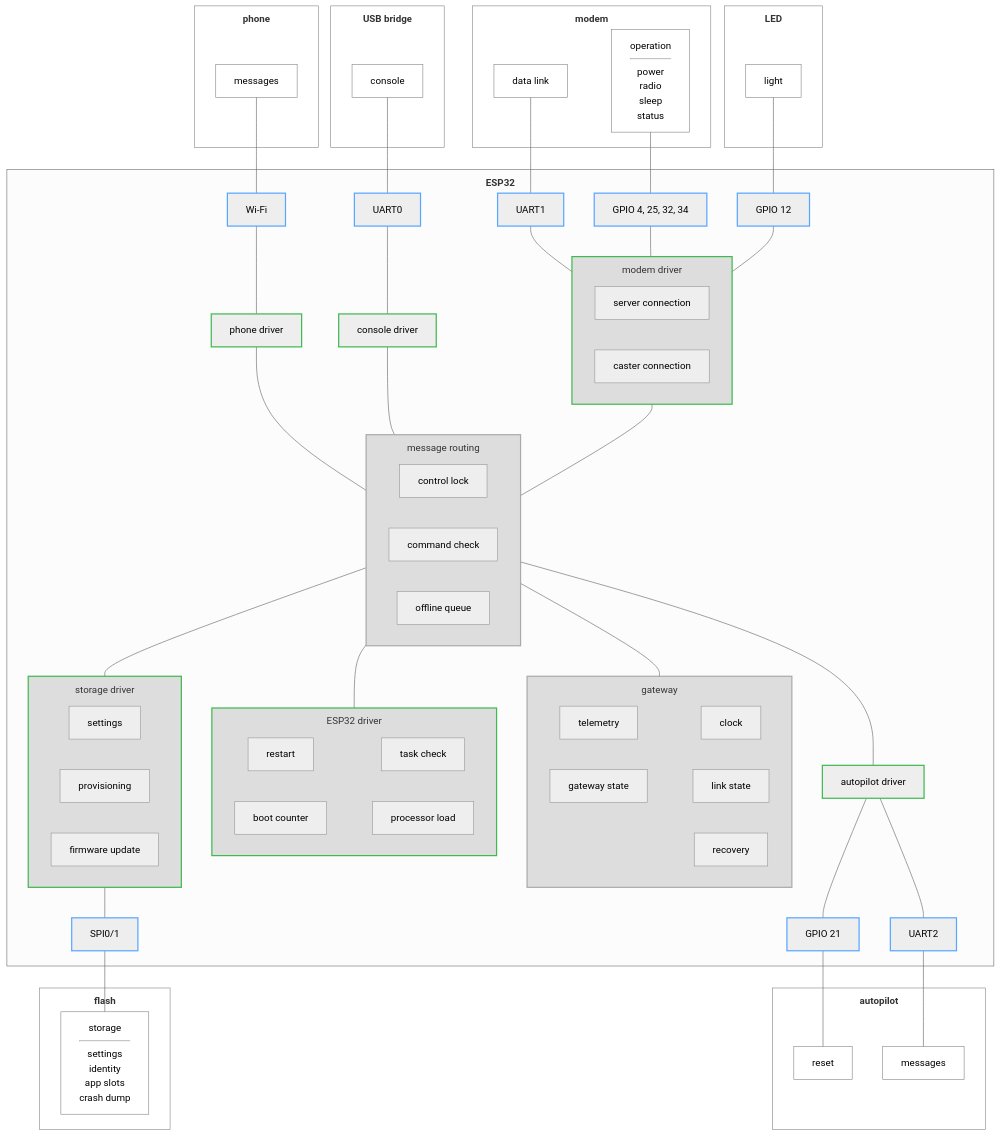
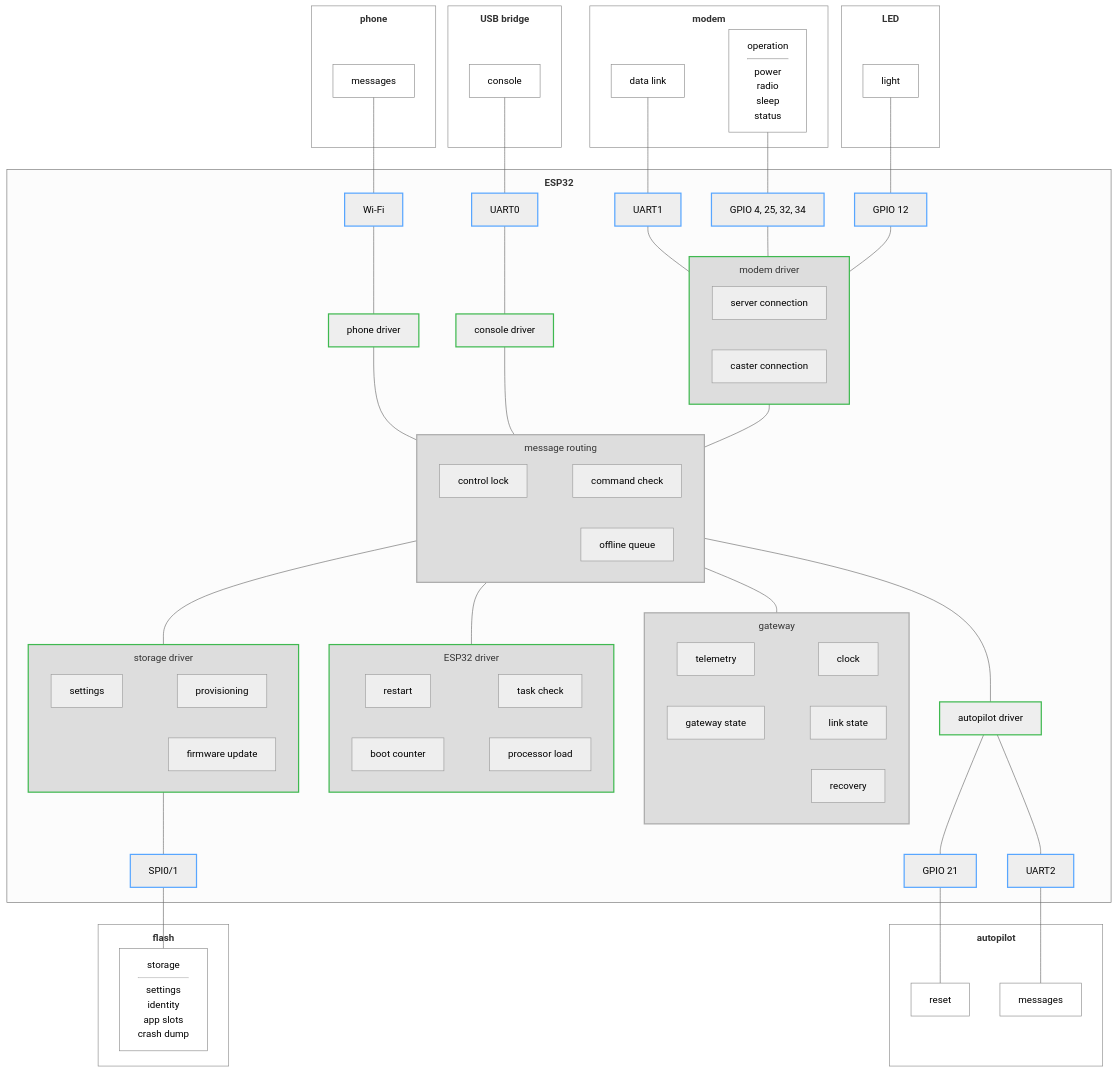
The diagram in .esp-architecture/diagrams/block-draft.md (rmx-lt/rmx-mower-gateway), drawn with Mermaid (neutral theme) before and after one commit.

Commit message:
Draft: inner blocks as grids

```diff
--- a/.esp-architecture/diagrams/block-draft.md
+++ b/.esp-architecture/diagrams/block-draft.md
@@ -41,6 +41,7 @@
       lock["control lock"]
       chk["command check"]
       q["offline queue"]
+      lock ~~~ chk
     end
     subgraph gw["gateway"]
       tel["telemetry"]
@@ -64,6 +65,7 @@
       set["settings"]
       prov["provisioning"]
       upd["firmware update"]
+      set ~~~ prov
     end
     u2["UART2"]
     sp["SPI0/1"]
```
